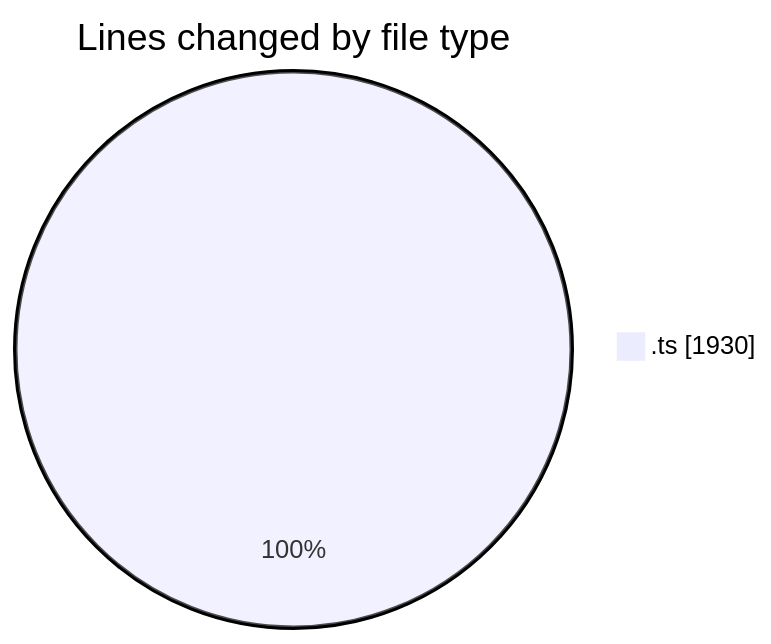
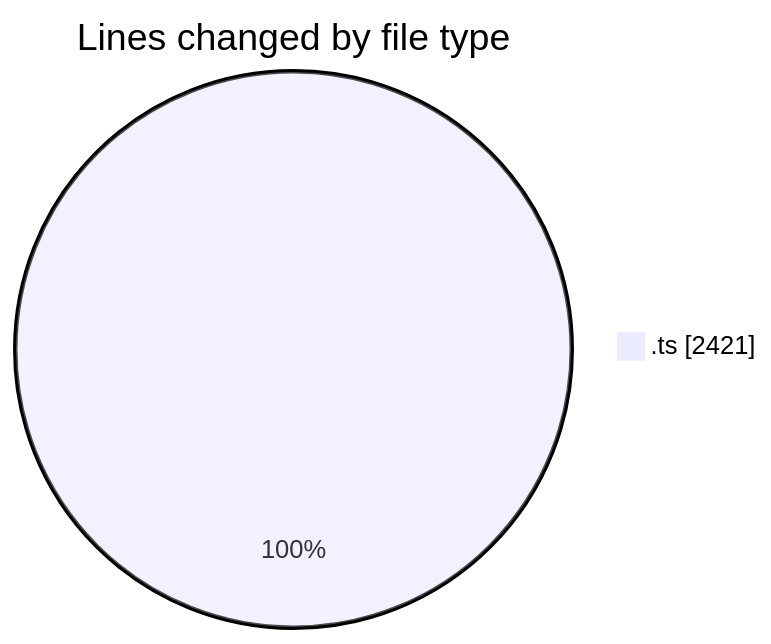
Before and after one commit to momahboobian/code-tracking: the first of 2 diagrams in 2025-08-07/cda/README.md, drawn with Mermaid. The commit also changed other lines of this file and 1 other file, not shown here.

````diff
--- a/2025-08-07/cda/README.md
+++ b/2025-08-07/cda/README.md
@@ -23,5 +23,5 @@
 ```mermaid
 pie showData
 title Lines changed by file type
-".ts" : 1930
+".ts" : 2421
 ```
````
